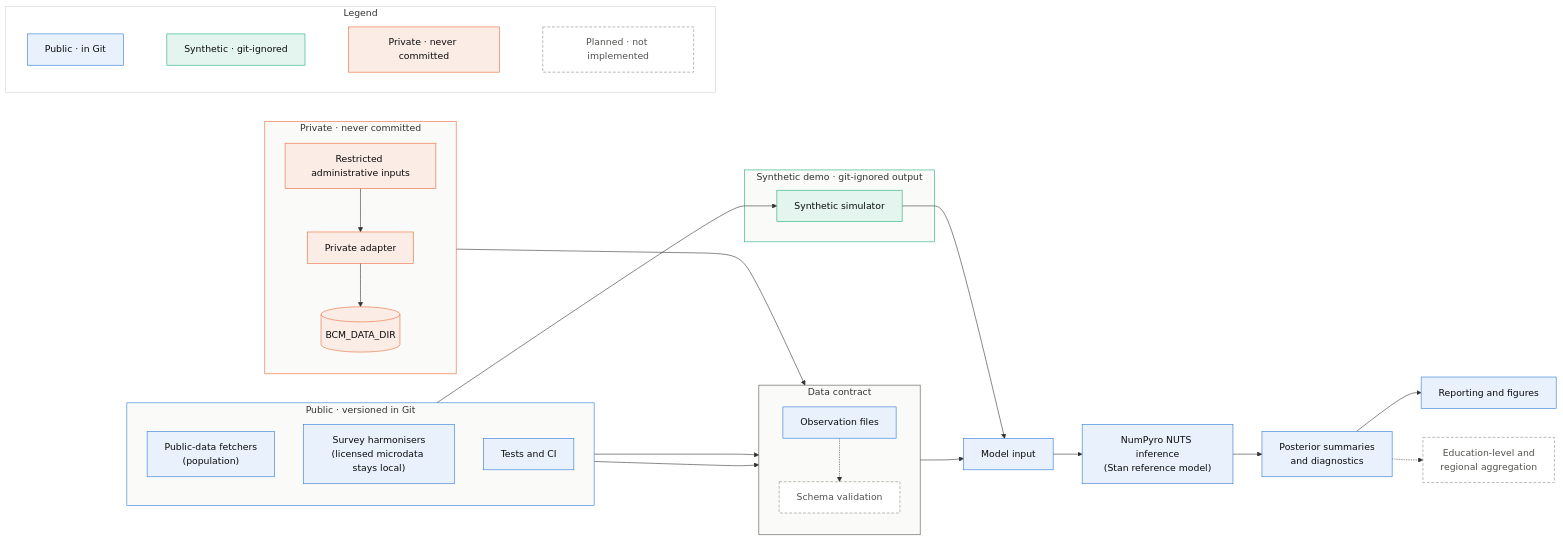
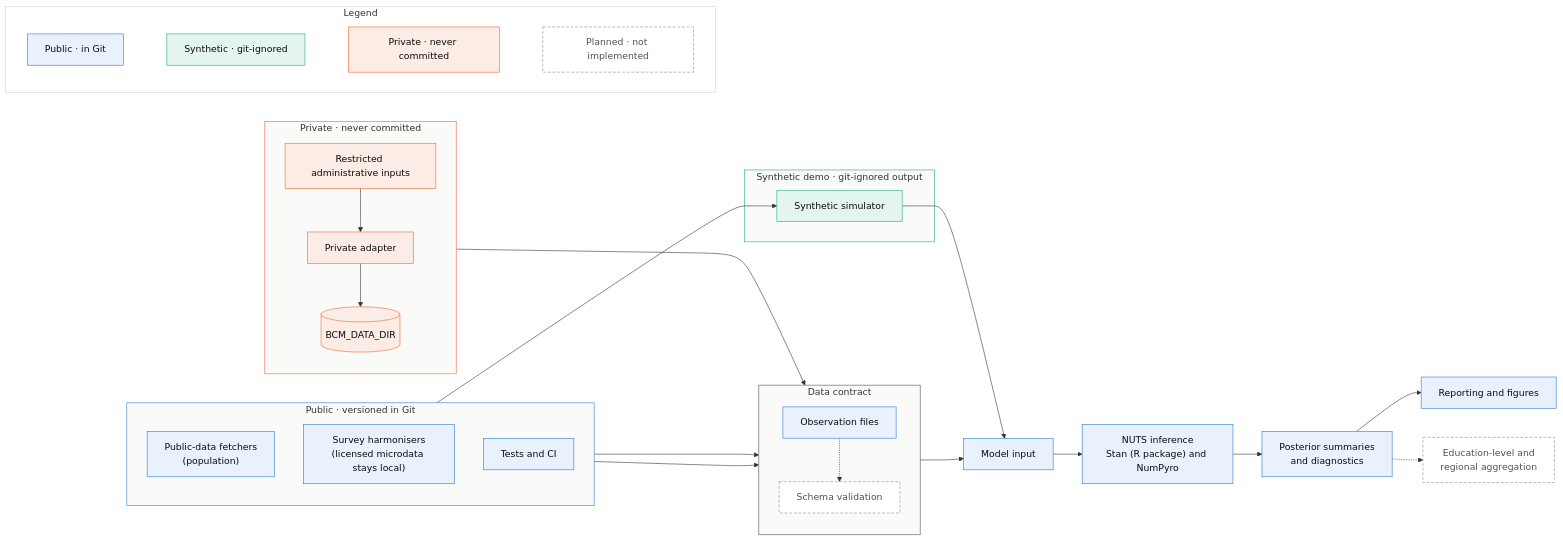
The diagram in README.md (EllenSyuu/BCM), drawn with Mermaid before and after one commit. The commit also changed other lines of this file and 4 other files, not shown here.

````diff
--- a/README.md
+++ b/README.md
@@ -62,56 +76,56 @@
 ```mermaid
 flowchart LR
   subgraph PUB["Public · versioned in Git"]
     direction TB
     SRC["Public-data fetchers<br/>(population)"]
     LIC["Survey harmonisers<br/>(licensed microdata stays local)"]
     CI["Tests and CI"]
   end
   subgraph SYN["Synthetic demo · git-ignored output"]
     SIM["Synthetic simulator"]
   end
   subgraph PRIV["Private · never committed"]
     direction TB
     ADM["Restricted administrative inputs"] --> ADP["Private adapter"]
     ADP --> ROOT[("BCM_DATA_DIR")]
   end
   subgraph CON["Data contract"]
     direction TB
     OBS["Observation files"]
     VAL["Schema validation"]
   end
   SRC --> OBS
   LIC --> OBS
   ROOT --> OBS
   OBS -.-> VAL
   OBS --> MI["Model input"]
   SIM --> MI
   CI --> SIM
-  MI --> INF["NumPyro NUTS inference<br/>(Stan reference model)"]
+  MI --> INF["NUTS inference<br/>Stan (R package) and NumPyro"]
   INF --> POST["Posterior summaries<br/>and diagnostics"]
   POST --> REP["Reporting and figures"]
   POST -.-> AGG["Education-level and<br/>regional aggregation"]
 
   subgraph KEY["Legend"]
     direction LR
     K1["Public · in Git"]
     K2["Synthetic · git-ignored"]
     K3["Private · never committed"]
     K4["Planned · not implemented"]
     K1 ~~~ K2 ~~~ K3 ~~~ K4
   end
 
   classDef pub fill:#e8f1fc,stroke:#2a78d6,color:#0b0b0b
   classDef syn fill:#e3f5ee,stroke:#1baf7a,color:#0b0b0b
   classDef priv fill:#fbece6,stroke:#eb6834,color:#0b0b0b
   classDef plan fill:#ffffff,stroke:#8a8984,stroke-dasharray:5 3,color:#52514e
   class SRC,LIC,CI,OBS,MI,INF,POST,REP,K1 pub
   class SIM,K2 syn
   class ADM,ADP,ROOT,K3 priv
   class VAL,AGG,K4 plan
   style PUB fill:#fafaf8,stroke:#2a78d6
   style SYN fill:#fafaf8,stroke:#1baf7a
   style PRIV fill:#fafaf8,stroke:#eb6834
   style CON fill:#fafaf8,stroke:#52514e
   style KEY fill:#ffffff,stroke:#d6d5d0
 ```
````
